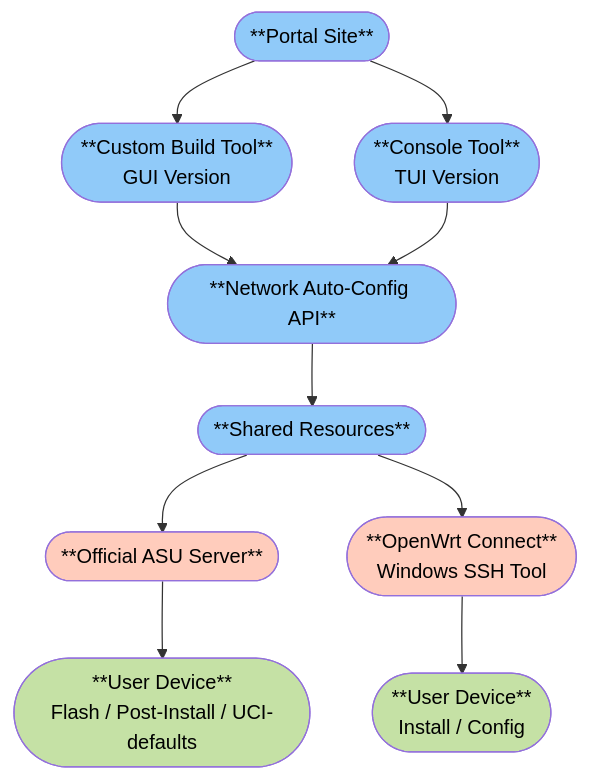
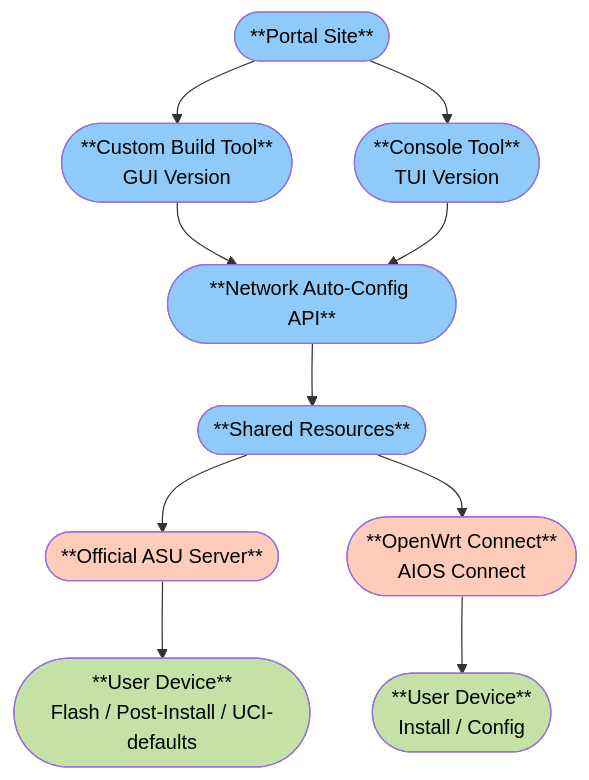
Before and after one commit to site-u2023/site-u2023.github.io: the diagram in README.md, drawn with Mermaid. The commit also changed other lines of this file, not shown here.

````diff
--- a/README.md
+++ b/README.md
@@ -18,30 +18,30 @@
 ```mermaid
 graph TB
 A([**Portal Site**])
 B([**Custom Build Tool**<br/>GUI Version])
 C([**Console Tool**<br/>TUI Version])
 D([**Network Auto-Config API**])
 F([**Shared Resources**])
 E([**Official ASU Server**])
-H([**OpenWrt Connect**<br/>Windows SSH Tool])
+H([**OpenWrt Connect**<br/>AIOS Connect])
 G1([**User Device**<br/>Flash / Post-Install / UCI-defaults])
 G2([**User Device**<br/>Install / Config])
 A --> B
 A --> C
 B --> D
 C --> D
 D --> F
 F --> E
 F --> H
 E --> G1
 H --> G2
 style A fill:#90caf9,color:#000
 style B fill:#90caf9,color:#000
 style C fill:#90caf9,color:#000
 style D fill:#90caf9,color:#000
 style E fill:#ffccbc,color:#000
 style F fill:#90caf9,color:#000
 style H fill:#ffccbc,color:#000
 style G1 fill:#c5e1a5,color:#000
 style G2 fill:#c5e1a5,color:#000
 ```
````
